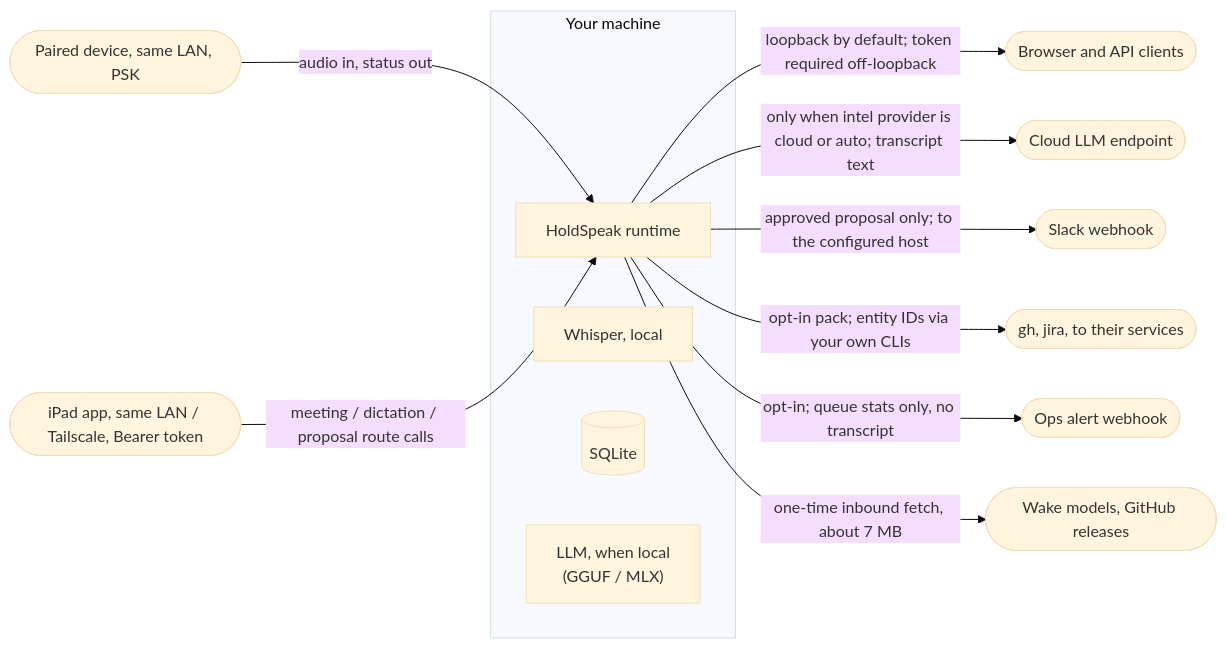
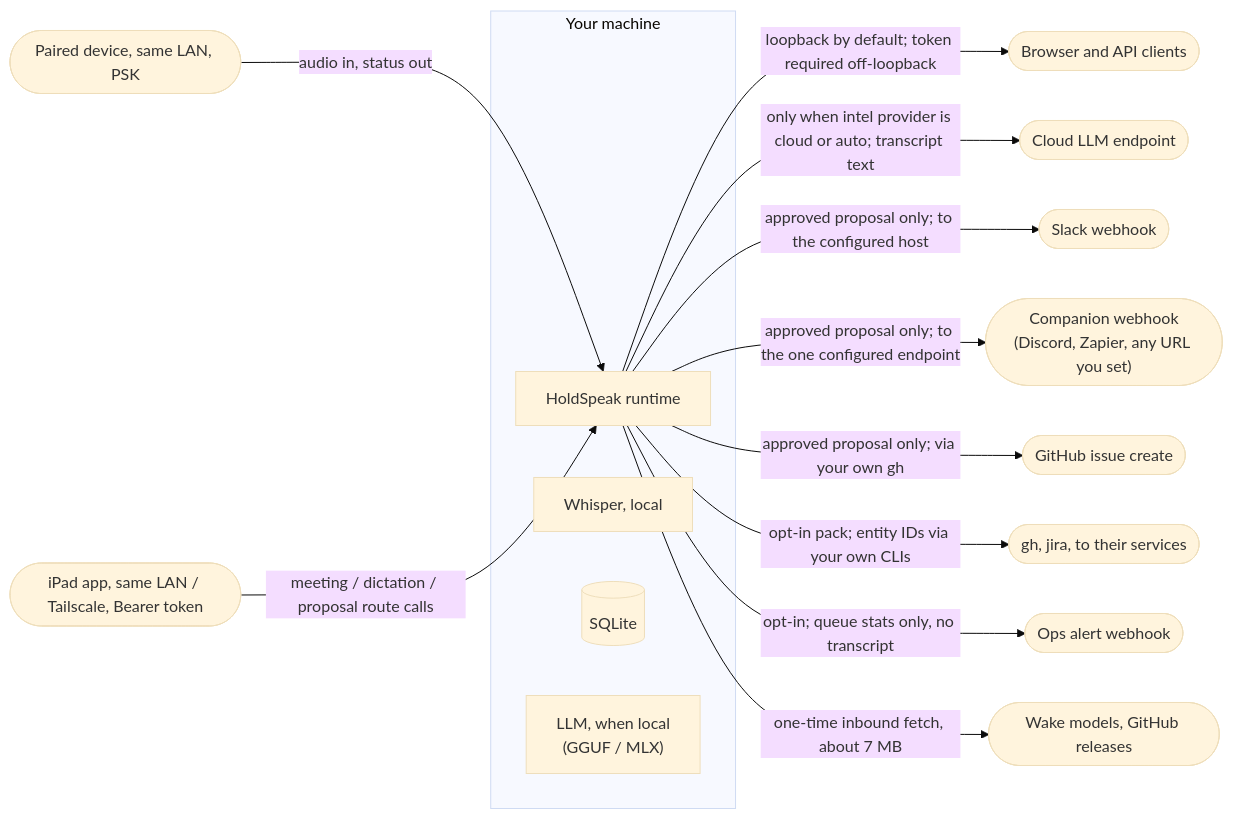
Before and after one commit to karolswdev/HoldSpeak: the seventh of 7 diagrams in docs/ARCHITECTURE.md, drawn with Mermaid (base theme). The commit also changed 10 other files, not shown here.

````diff
--- a/docs/ARCHITECTURE.md
+++ b/docs/ARCHITECTURE.md
@@ -271,17 +271,19 @@
 ```mermaid
 flowchart LR
   subgraph machine["Your machine"]
     RT["HoldSpeak runtime"]
     WH["Whisper, local"]
     DB[("SQLite")]
     LL["LLM, when local<br/>(GGUF / MLX)"]
   end
   RT -->|"loopback by default; token required off-loopback"| WEB(["Browser and API clients"])
   RT -->|"only when intel provider is cloud or auto; transcript text"| CLOUD(["Cloud LLM endpoint"])
   RT -->|"approved proposal only; to the configured host"| SK(["Slack webhook"])
+  RT -->|"approved proposal only; to the one configured endpoint"| WHK(["Companion webhook<br/>(Discord, Zapier, any URL you set)"])
+  RT -->|"approved proposal only; via your own gh"| GH(["GitHub issue create"])
   RT -->|"opt-in pack; entity IDs via your own CLIs"| CLI(["gh, jira, to their services"])
   RT -->|"opt-in; queue stats only, no transcript"| OPS(["Ops alert webhook"])
   RT -->|"one-time inbound fetch, about 7 MB"| WM(["Wake models, GitHub releases"])
   DEVCE(["Paired device, same LAN, PSK"]) -->|"audio in, status out"| RT
   IPAD(["iPad app, same LAN / Tailscale, Bearer token"]) -->|"meeting / dictation / proposal route calls"| RT
 ```
````
